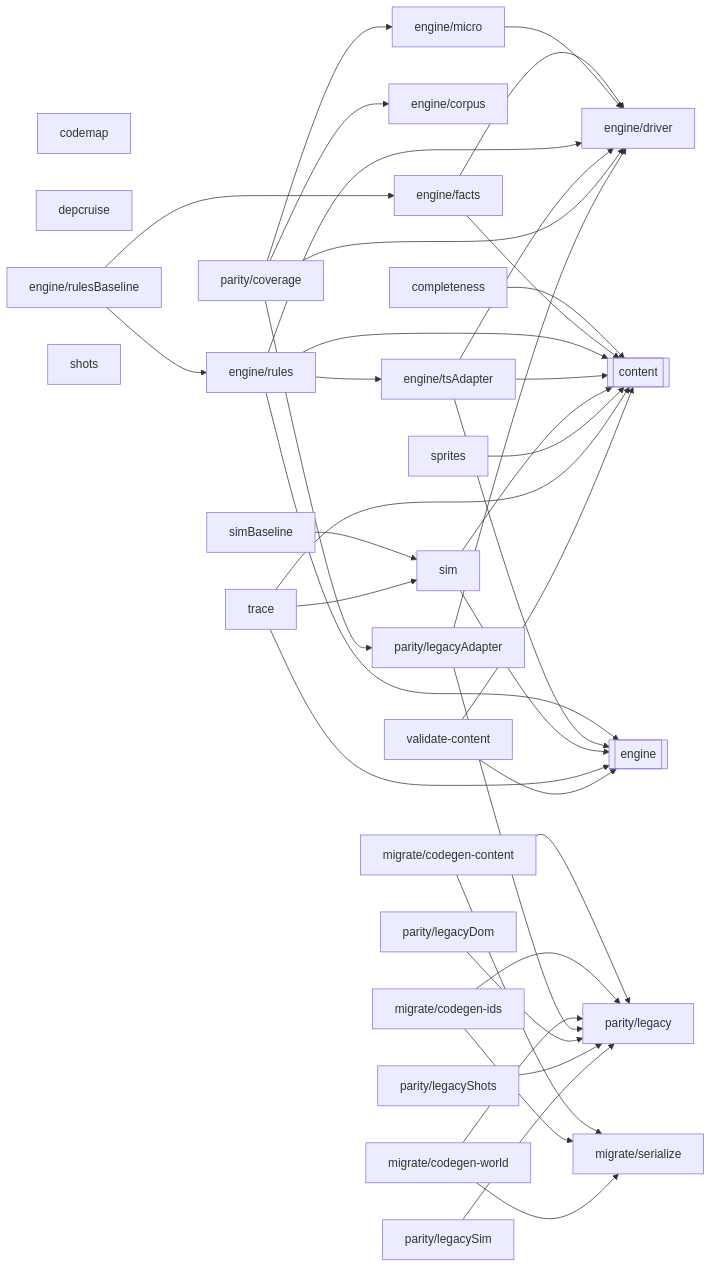
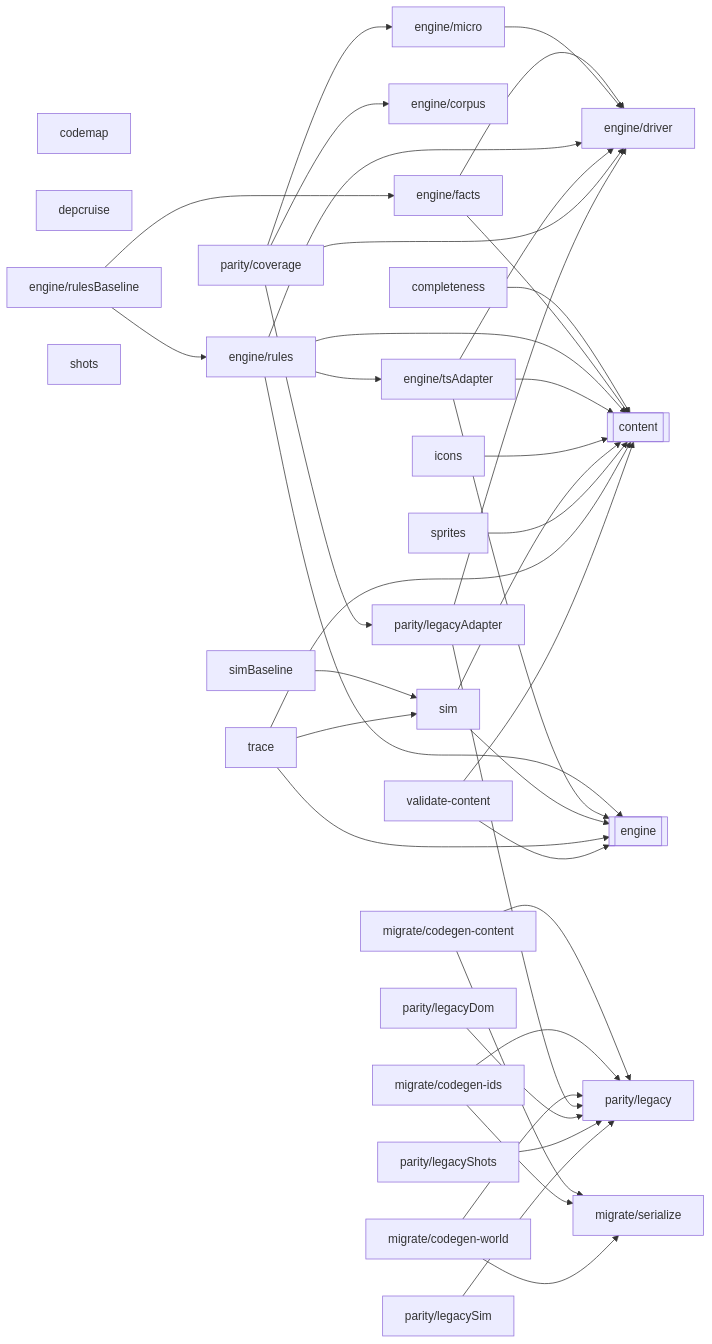
Before and after one commit to OrangeB0lt/Cyber-funk: the diagram in docs/reference/code-map/tools.md, drawn with Mermaid. The commit also changed other lines of this file and 33 other files, not shown here.

````diff
--- a/docs/reference/code-map/tools.md
+++ b/docs/reference/code-map/tools.md
@@ -11,68 +11,70 @@
 ```mermaid
 flowchart LR
   n_codemap["codemap"]
   n_completeness["completeness"]
   n_depcruise["depcruise"]
   n_engine_corpus["engine/corpus"]
   n_engine_driver["engine/driver"]
   n_engine_facts["engine/facts"]
   n_engine_micro["engine/micro"]
   n_engine_rules["engine/rules"]
   n_engine_rulesBaseline["engine/rulesBaseline"]
   n_engine_tsAdapter["engine/tsAdapter"]
+  n_icons["icons"]
   n_migrate_codegen_content["migrate/codegen-content"]
   n_migrate_codegen_ids["migrate/codegen-ids"]
   n_migrate_codegen_world["migrate/codegen-world"]
   n_migrate_serialize["migrate/serialize"]
   n_parity_coverage["parity/coverage"]
   n_parity_legacy["parity/legacy"]
   n_parity_legacyAdapter["parity/legacyAdapter"]
   n_parity_legacyDom["parity/legacyDom"]
   n_parity_legacyShots["parity/legacyShots"]
   n_parity_legacySim["parity/legacySim"]
   n_shots["shots"]
   n_sim["sim"]
   n_simBaseline["simBaseline"]
   n_sprites["sprites"]
   n_trace["trace"]
   n_validate_content["validate-content"]
   n_ext_content[["content"]]
   n_ext_engine[["engine"]]
   n_completeness --> n_ext_content
   n_engine_facts --> n_engine_driver
   n_engine_facts --> n_ext_content
   n_engine_micro --> n_engine_driver
   n_engine_rules --> n_engine_driver
   n_engine_rules --> n_engine_tsAdapter
   n_engine_rules --> n_ext_content
   n_engine_rules --> n_ext_engine
   n_engine_rulesBaseline --> n_engine_facts
   n_engine_rulesBaseline --> n_engine_rules
   n_engine_tsAdapter --> n_engine_driver
   n_engine_tsAdapter --> n_ext_content
   n_engine_tsAdapter --> n_ext_engine
+  n_icons --> n_ext_content
   n_migrate_codegen_content --> n_migrate_serialize
   n_migrate_codegen_content --> n_parity_legacy
   n_migrate_codegen_ids --> n_migrate_serialize
   n_migrate_codegen_ids --> n_parity_legacy
   n_migrate_codegen_world --> n_migrate_serialize
   n_migrate_codegen_world --> n_parity_legacy
   n_parity_coverage --> n_engine_corpus
   n_parity_coverage --> n_engine_driver
   n_parity_coverage --> n_engine_micro
   n_parity_coverage --> n_parity_legacyAdapter
   n_parity_legacyAdapter --> n_engine_driver
   n_parity_legacyAdapter --> n_parity_legacy
   n_parity_legacyDom --> n_parity_legacy
   n_parity_legacyShots --> n_parity_legacy
   n_parity_legacySim --> n_parity_legacy
   n_sim --> n_ext_content
   n_sim --> n_ext_engine
   n_simBaseline --> n_sim
   n_sprites --> n_ext_content
   n_trace --> n_ext_content
   n_trace --> n_ext_engine
   n_trace --> n_sim
   n_validate_content --> n_ext_content
   n_validate_content --> n_ext_engine
 ```
````
